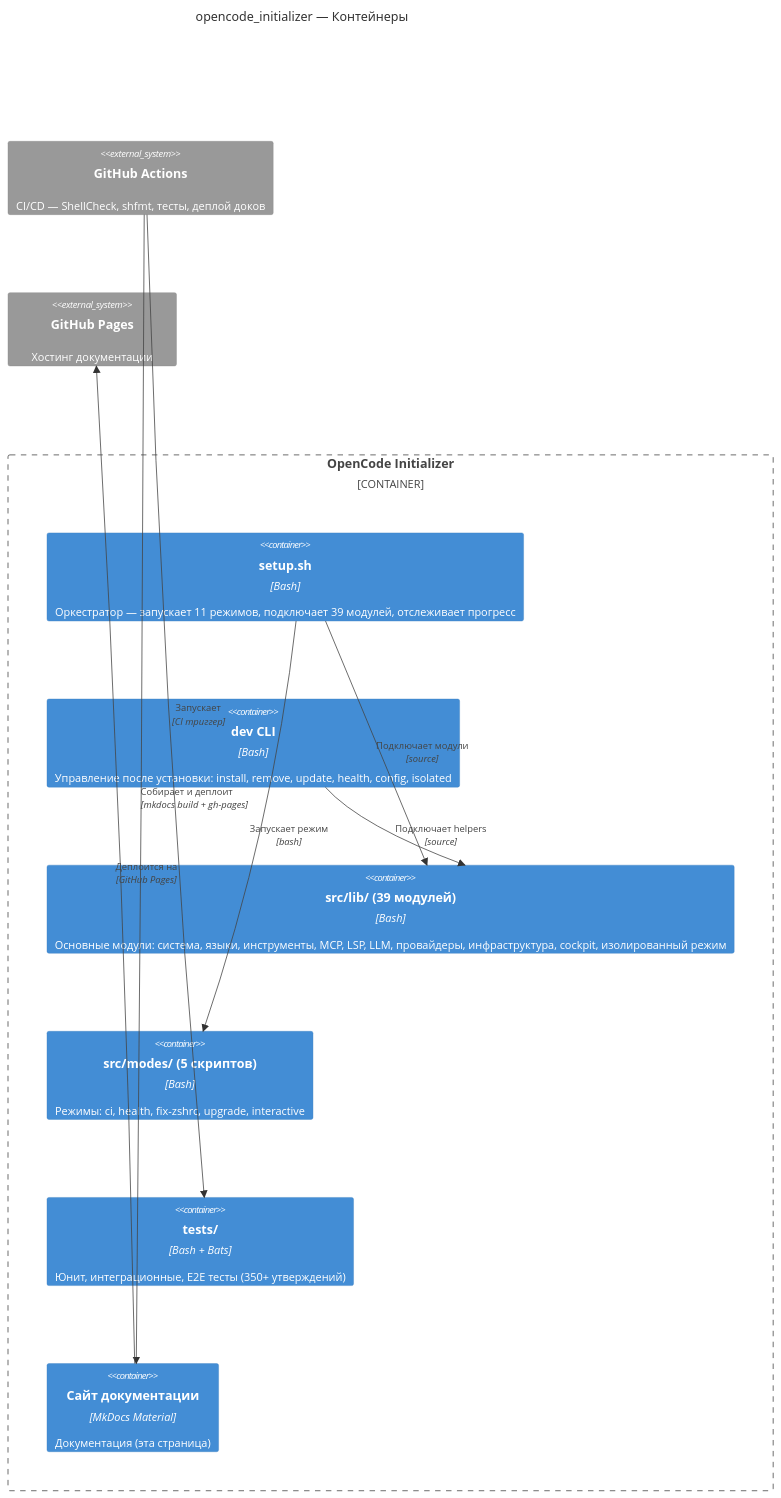
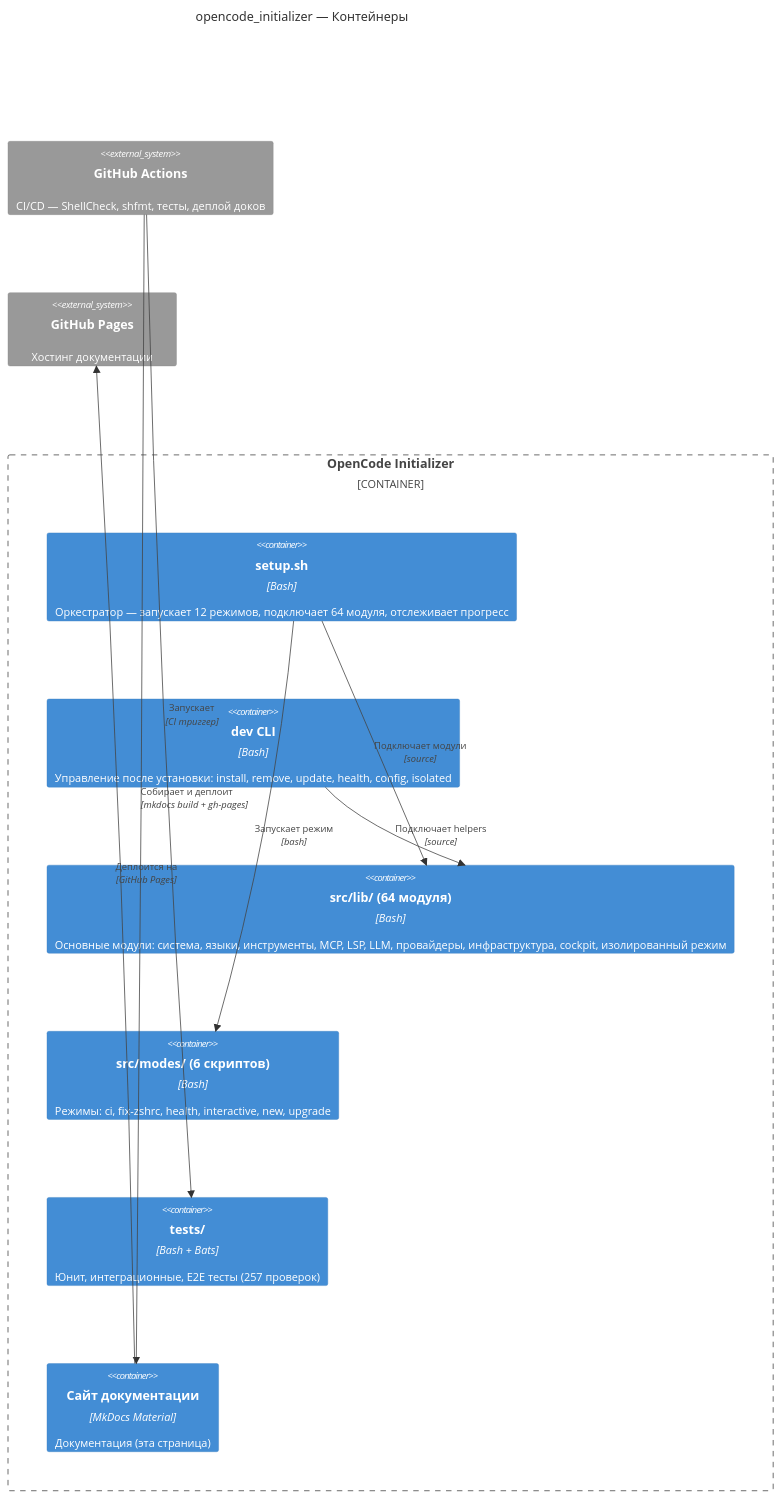
The second of 5 diagrams in docs/architecture/index.ru.md (AlexanderNarbaev/opencode_initializer), drawn with Mermaid before and after one commit. The commit also changed other lines of this file and 33 other files, not shown here.

````diff
--- a/docs/architecture/index.ru.md
+++ b/docs/architecture/index.ru.md
@@ -32,23 +32,23 @@
 ```mermaid
 C4Container
     title opencode_initializer — Контейнеры
 
     Container_Boundary(oci, "OpenCode Initializer") {
-        Container(setup, "setup.sh", "Bash", "Оркестратор — запускает 11 режимов, подключает 39 модулей, отслеживает прогресс")
+        Container(setup, "setup.sh", "Bash", "Оркестратор — запускает 12 режимов, подключает 64 модуля, отслеживает прогресс")
         Container(dev_cli, "dev CLI", "Bash", "Управление после установки: install, remove, update, health, config, isolated")
-        Container(lib, "src/lib/ (39 модулей)", "Bash", "Основные модули: система, языки, инструменты, MCP, LSP, LLM, провайдеры, инфраструктура, cockpit, изолированный режим")
-        Container(modes, "src/modes/ (5 скриптов)", "Bash", "Режимы: ci, health, fix-zshrc, upgrade, interactive")
-        Container(tests, "tests/", "Bash + Bats", "Юнит, интеграционные, E2E тесты (350+ утверждений)")
+        Container(lib, "src/lib/ (64 модуля)", "Bash", "Основные модули: система, языки, инструменты, MCP, LSP, LLM, провайдеры, инфраструктура, cockpit, изолированный режим")
+        Container(modes, "src/modes/ (6 скриптов)", "Bash", "Режимы: ci, fix-zshrc, health, interactive, new, upgrade")
+        Container(tests, "tests/", "Bash + Bats", "Юнит, интеграционные, E2E тесты (257 проверок)")
         Container(docs_site, "Сайт документации", "MkDocs Material", "Документация (эта страница)")
     }
 
     System_Ext(gh_actions, "GitHub Actions", "CI/CD — ShellCheck, shfmt, тесты, деплой доков")
     System_Ext(github_pages, "GitHub Pages", "Хостинг документации")
 
     Rel(setup, lib, "Подключает модули", "source")
     Rel(setup, modes, "Запускает режим", "bash")
     Rel(dev_cli, lib, "Подключает helpers", "source")
     Rel(gh_actions, tests, "Запускает", "CI триггер")
     Rel(gh_actions, docs_site, "Собирает и деплоит", "mkdocs build + gh-pages")
     Rel(docs_site, github_pages, "Деплоится на", "GitHub Pages")
 ```
````
